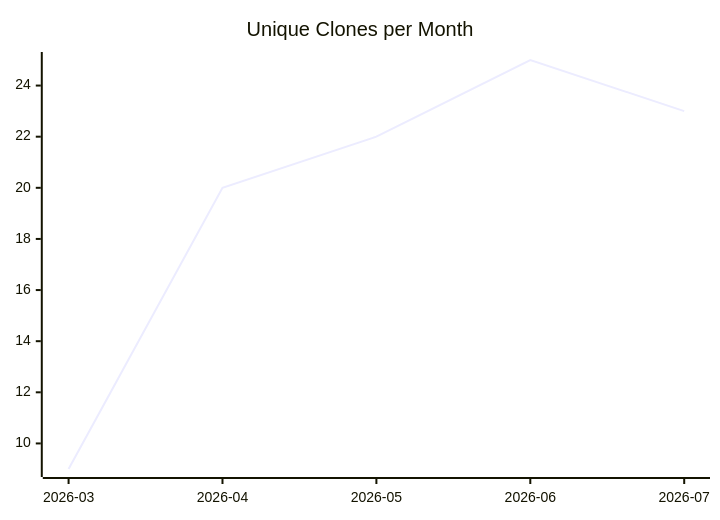
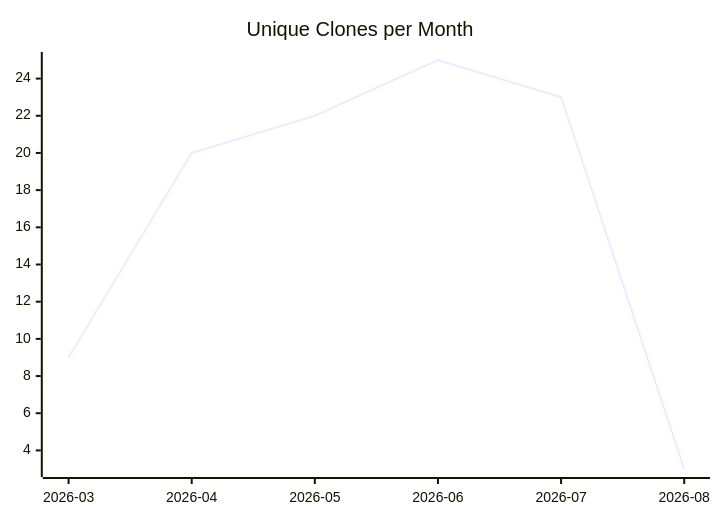
One commit to justdavis-family/github-analytics-data changed the third of 3 diagrams in karlmdavis/kxml2/README.md. Above: the diagram before and after it, drawn with Mermaid. The commit also changed other lines of this file and 180 other files, not shown here.

````diff
--- a/karlmdavis/kxml2/README.md
+++ b/karlmdavis/kxml2/README.md
@@ -19,6 +19,6 @@
 ```mermaid
 xychart-beta
   title "Unique Clones per Month"
-  x-axis ["2026-03", "2026-04", "2026-05", "2026-06", "2026-07"]
-  line [9, 20, 22, 25, 23]
+  x-axis ["2026-03", "2026-04", "2026-05", "2026-06", "2026-07", "2026-08"]
+  line [9, 20, 22, 25, 23, 3]
 ```
````
